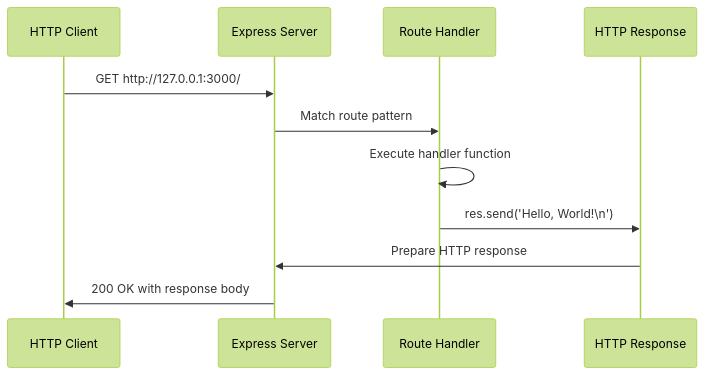
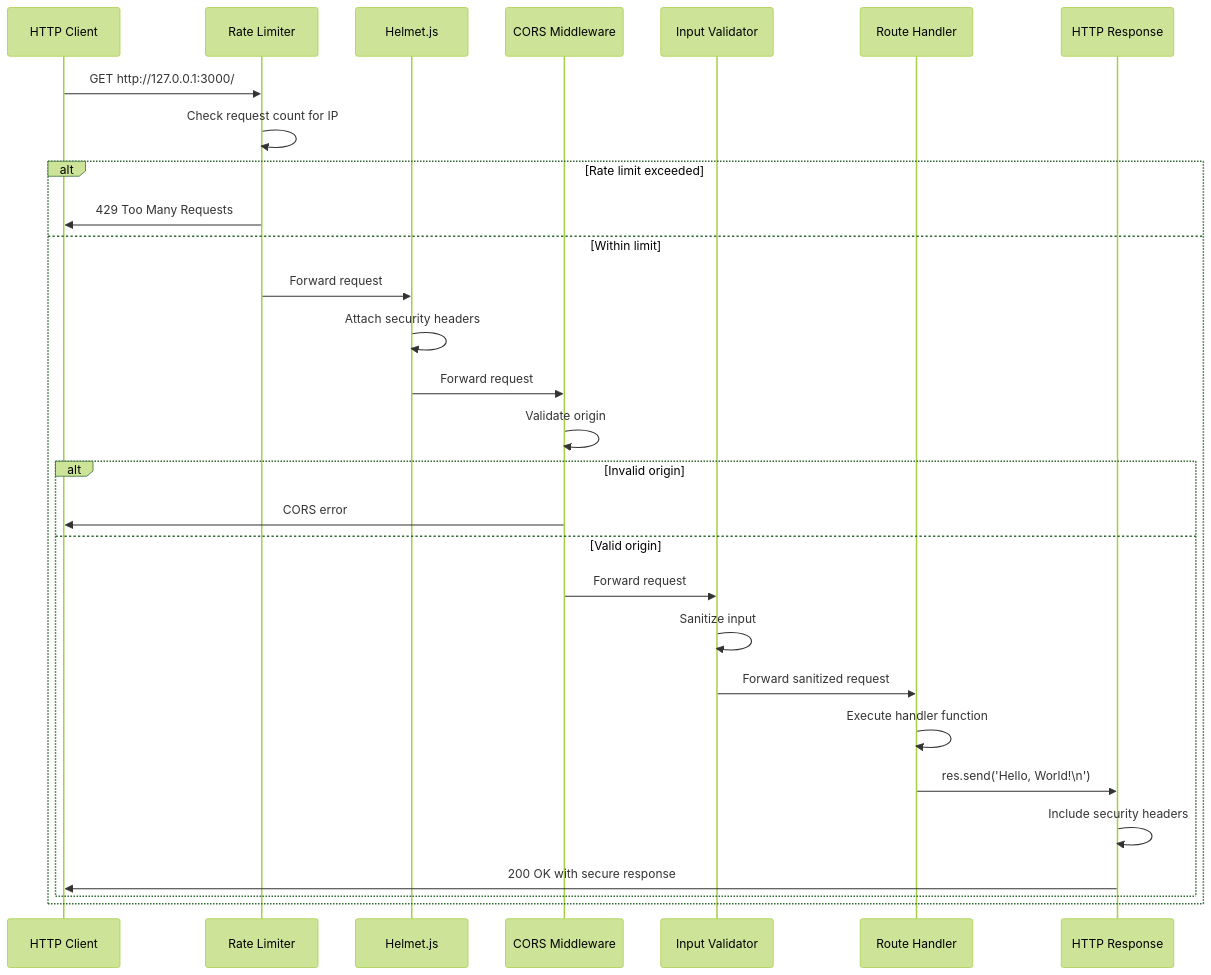
Before and after one commit to sudhanshu-spec/test-spec: the third of 3 diagrams in README.md, drawn with Mermaid (forest theme). The commit also changed other lines of this file, not shown here.

First line of the commit message:
docs: Update README.md with comprehensive security documentation

````diff
--- a/README.md
+++ b/README.md
@@ -242,14 +628,32 @@
 ```mermaid
 sequenceDiagram
     participant Client as HTTP Client
-    participant Express as Express Server
+    participant RateLimit as Rate Limiter
+    participant Helmet as Helmet.js
+    participant CORS as CORS Middleware
+    participant Validator as Input Validator
     participant Router as Route Handler
     participant Response as HTTP Response
     
-    Client->>Express: GET http://127.0.0.1:3000/
-    Express->>Router: Match route pattern
-    Router->>Router: Execute handler function
-    Router->>Response: res.send('Hello, World!\n')
-    Response->>Express: Prepare HTTP response
-    Express->>Client: 200 OK with response body
+    Client->>RateLimit: GET http://127.0.0.1:3000/
+    RateLimit->>RateLimit: Check request count for IP
+    alt Rate limit exceeded
+        RateLimit->>Client: 429 Too Many Requests
+    else Within limit
+        RateLimit->>Helmet: Forward request
+        Helmet->>Helmet: Attach security headers
+        Helmet->>CORS: Forward request
+        CORS->>CORS: Validate origin
+        alt Invalid origin
+            CORS->>Client: CORS error
+        else Valid origin
+            CORS->>Validator: Forward request
+            Validator->>Validator: Sanitize input
+            Validator->>Router: Forward sanitized request
+            Router->>Router: Execute handler function
+            Router->>Response: res.send('Hello, World!\n')
+            Response->>Response: Include security headers
+            Response->>Client: 200 OK with secure response
+        end
+    end
 ```
````
